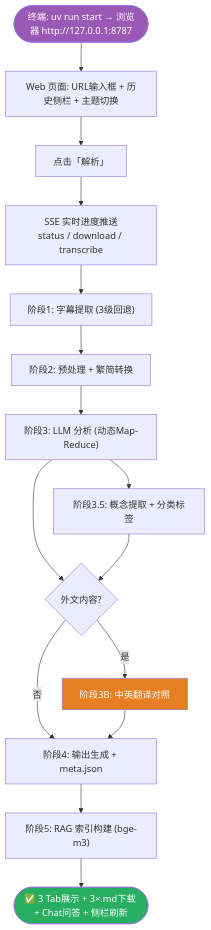
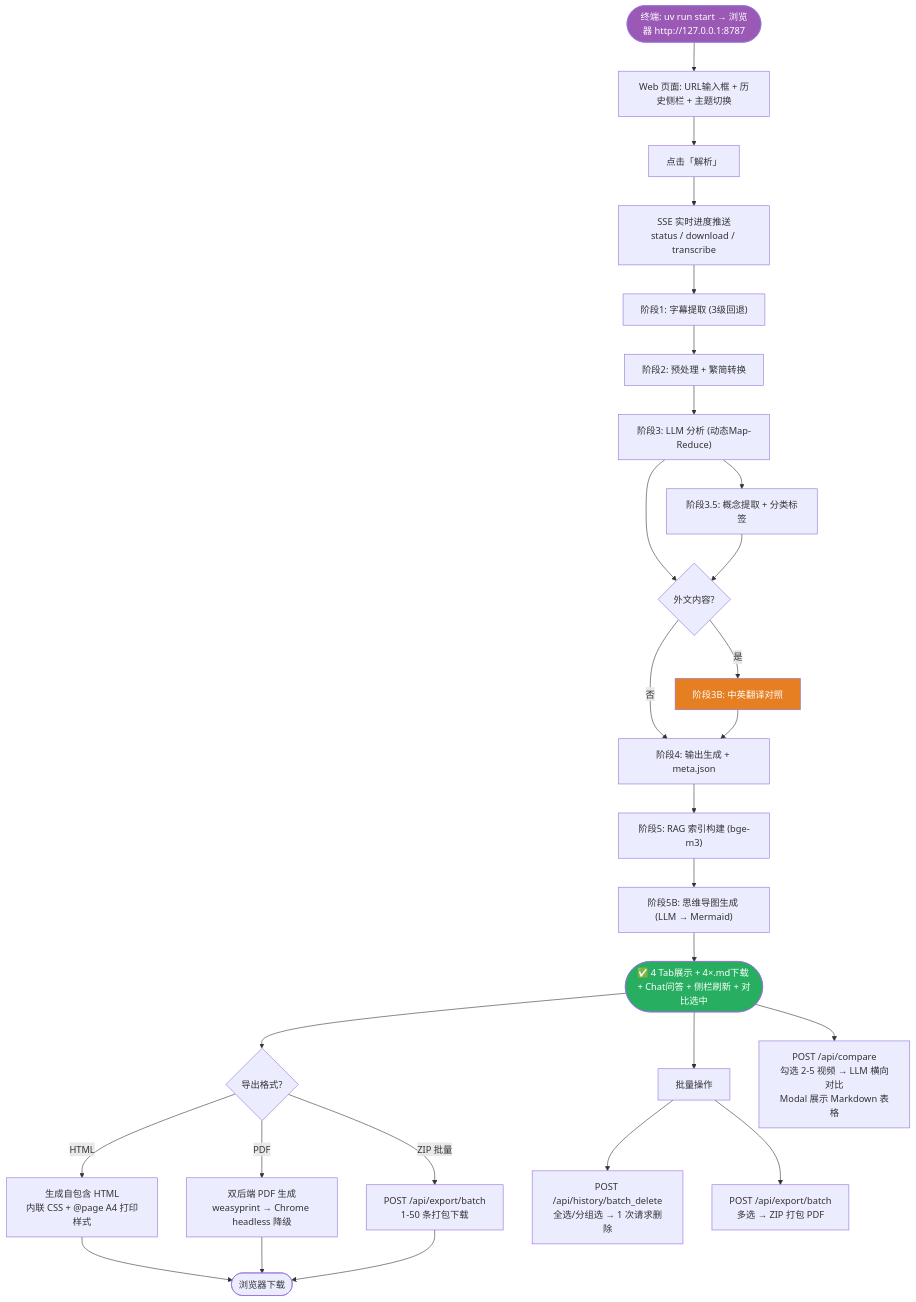
Before and after one commit to zoneby-Alex/scan: the first of 9 diagrams in 迭代文档/流程图.md, drawn with Mermaid. The commit also changed other lines of this file and 18 other files, not shown here.

First line of the commit message:
Phase 4: RAG reranker + mindmap + multi-video comparator + tests

````diff
--- a/迭代文档/流程图.md
+++ b/迭代文档/流程图.md
@@ -7,22 +7,40 @@
 ```mermaid
 flowchart TD
     START(["终端: uv run start → 浏览器 http://127.0.0.1:8787"]) --> UI["Web 页面: URL输入框 + 历史侧栏 + 主题切换"]
     UI --> CLICK["点击「解析」"]
     CLICK --> SSE["SSE 实时进度推送<br/>status / download / transcribe"]
     
     SSE --> P1["阶段1: 字幕提取 (3级回退)"]
     P1 --> P2["阶段2: 预处理 + 繁简转换"]
     P2 --> P3["阶段3: LLM 分析 (动态Map-Reduce)"]
     P3 --> P3B{"外文内容?"}
     P3B -->|"是"| TRANS["阶段3B: 中英翻译对照"]
     P3 --> P3_5["阶段3.5: 概念提取 + 分类标签"]
     P3_5 --> P3B
     P3B -->|"否"| P4
     TRANS --> P4["阶段4: 输出生成 + meta.json"]
     P4 --> P5["阶段5: RAG 索引构建 (bge-m3)"]
-    P5 --> DONE(["✅ 3 Tab展示 + 3×.md下载 + Chat问答 + 侧栏刷新"])
+    P5 --> P5B["阶段5B: 思维导图生成 (LLM → Mermaid)"]
+    P5B --> DONE(["✅ 4 Tab展示 + 4×.md下载 + Chat问答 + 侧栏刷新 + 对比选中"])
+    
+    %% 导出分支
+    DONE --> EXPORT{"导出格式?"}
+    EXPORT -->|"HTML"| EXP_HTML["生成自包含 HTML\n内联 CSS + @page A4 打印样式"]
+    EXPORT -->|"PDF"| EXP_PDF["双后端 PDF 生成\nweasyprint → Chrome headless 降级"]
+    EXPORT -->|"ZIP 批量"| EXP_BATCH["POST /api/export/batch\n1-50 条打包下载"]
+    EXP_HTML --> EXP_OUT
+    EXP_PDF --> EXP_OUT
+    EXP_BATCH --> EXP_OUT(["浏览器下载"])
+    
+    %% 批量操作
+    DONE --> BULK["批量操作"]
+    BULK --> B_DEL["POST /api/history/batch_delete\n全选/分组选 → 1 次请求删除"]
+    BULK --> B_EXP["POST /api/export/batch\n多选 → ZIP 打包 PDF"]
+
+    %% 多视频对比
+    DONE --> COMPARE["POST /api/compare\n勾选 2-5 视频 → LLM 横向对比\nModal 展示 Markdown 表格"]
 
     style START fill:#9b59b6,color:#fff
     style DONE fill:#27ae60,color:#fff
     style TRANS fill:#e67e22,color:#fff
 ```
````
